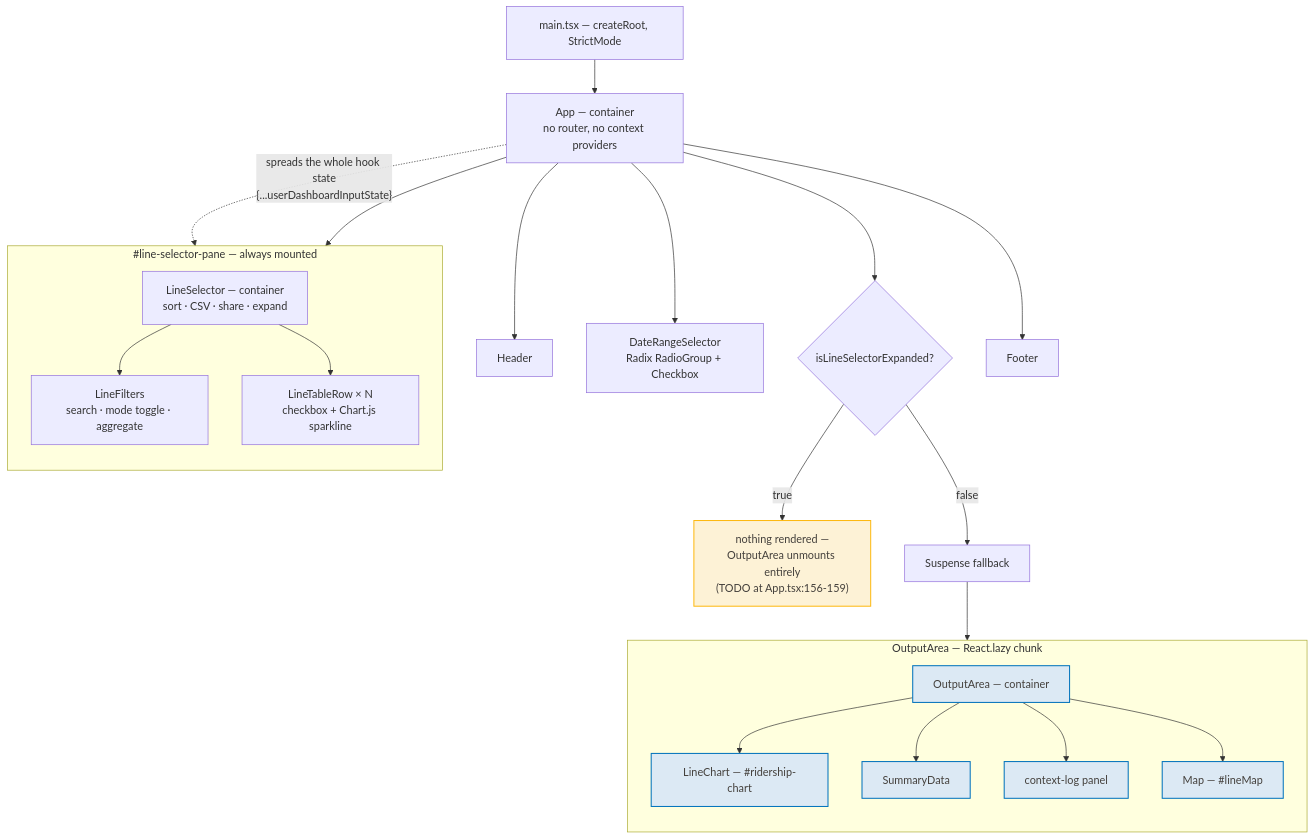
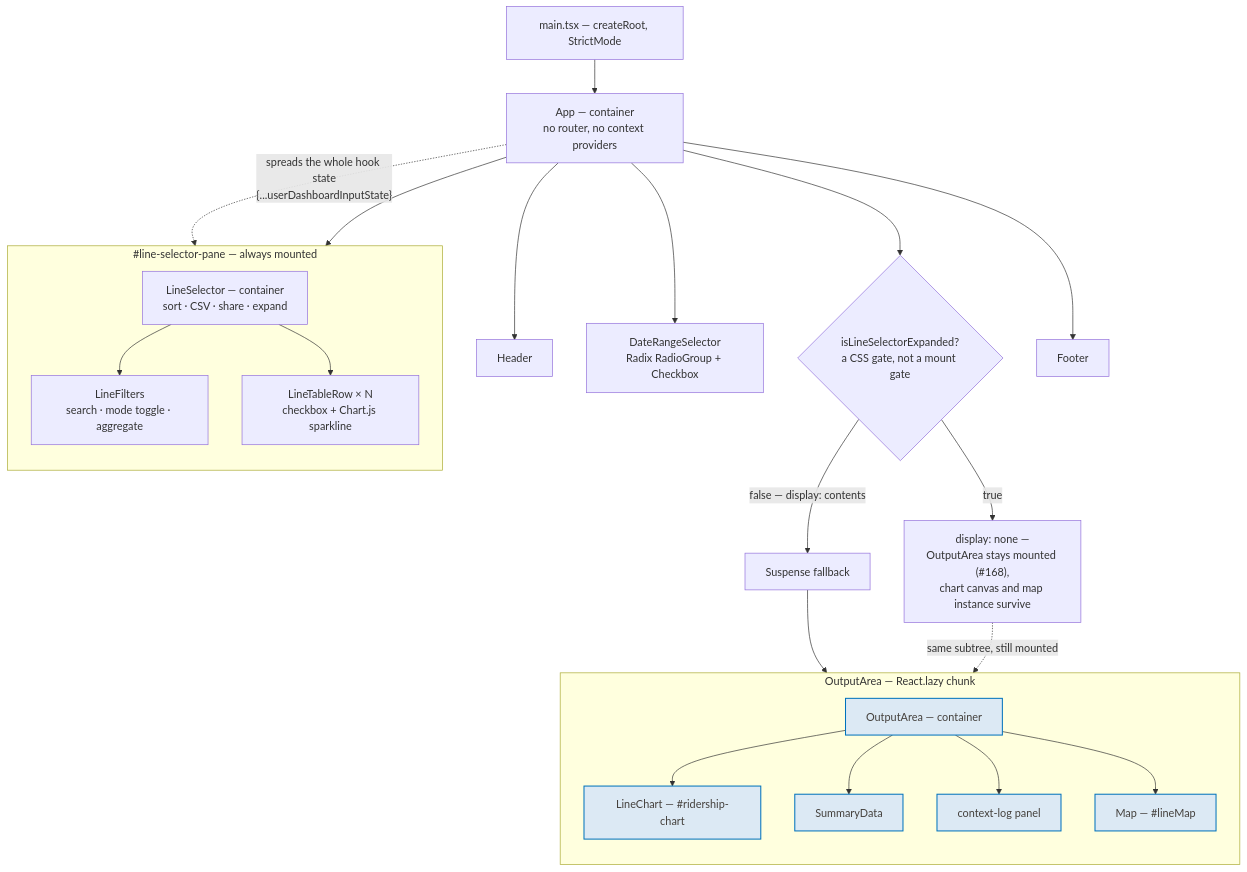
The diagram in docs/architecture/mermaid/07-component-tree.mmd (streetsforall/metro_ridership_app), drawn with Mermaid before and after one commit. The commit also changed 3 other files, not shown here.

First line of the commit message:
docs: catch the diagram set up with #168 and #171

```diff
--- a/docs/architecture/mermaid/07-component-tree.mmd
+++ b/docs/architecture/mermaid/07-component-tree.mmd
@@ -1,49 +1,48 @@
 flowchart TB
   main["main.tsx — createRoot, StrictMode"]
   app["App — container<br/>no router, no context providers"]
   header["Header"]
   drs["DateRangeSelector<br/>Radix RadioGroup + Checkbox"]
 
   subgraph leftPane["#line-selector-pane — always mounted"]
     direction TB
     ls["LineSelector — container<br/>sort · CSV · share · expand"]
     lf["LineFilters<br/>search · mode toggle · aggregate"]
     ltr["LineTableRow × N<br/>checkbox + Chart.js sparkline"]
     ls --> lf
     ls --> ltr
   end
 
-  gate{"isLineSelectorExpanded?"}
-  unmounted["nothing rendered —<br/>OutputArea unmounts entirely<br/>(TODO at App.tsx:156-159)"]
+  gate{"isLineSelectorExpanded?<br/>a CSS gate, not a mount gate"}
+  hidden["display: none —<br/>OutputArea stays mounted (#168),<br/>chart canvas and map instance survive"]
   susp["Suspense fallback"]
 
   subgraph rightPane["OutputArea — React.lazy chunk"]
     direction TB
     oa["OutputArea — container"]
     chart["LineChart — #ridership-chart"]
     summary["SummaryData"]
     ctxlog["context-log panel"]
     mapCmp["Map — #lineMap"]
     oa --> chart
     oa --> summary
     oa --> ctxlog
     oa --> mapCmp
   end
 
   footer["Footer"]
 
   main --> app
   app --> header
   app --> drs
   app --> leftPane
   app --> gate
-  gate -- "true" --> unmounted
-  gate -- "false" --> susp --> oa
+  gate -- "true" --> hidden
+  gate -- "false — display: contents" --> susp --> oa
+  hidden -. "same subtree, still mounted" .-> oa
   app --> footer
 
   app -. "spreads the whole hook state<br/>{...userDashboardInputState}" .-> ls
 
   classDef structural fill:#dce9f4,stroke:#0072bc,stroke-width:1.5px,color:#44403c
-  classDef pending fill:#fdf2d6,stroke:#fdb913,stroke-width:1.5px,color:#44403c
   class oa,chart,summary,ctxlog,mapCmp structural
-  class unmounted pending
```
